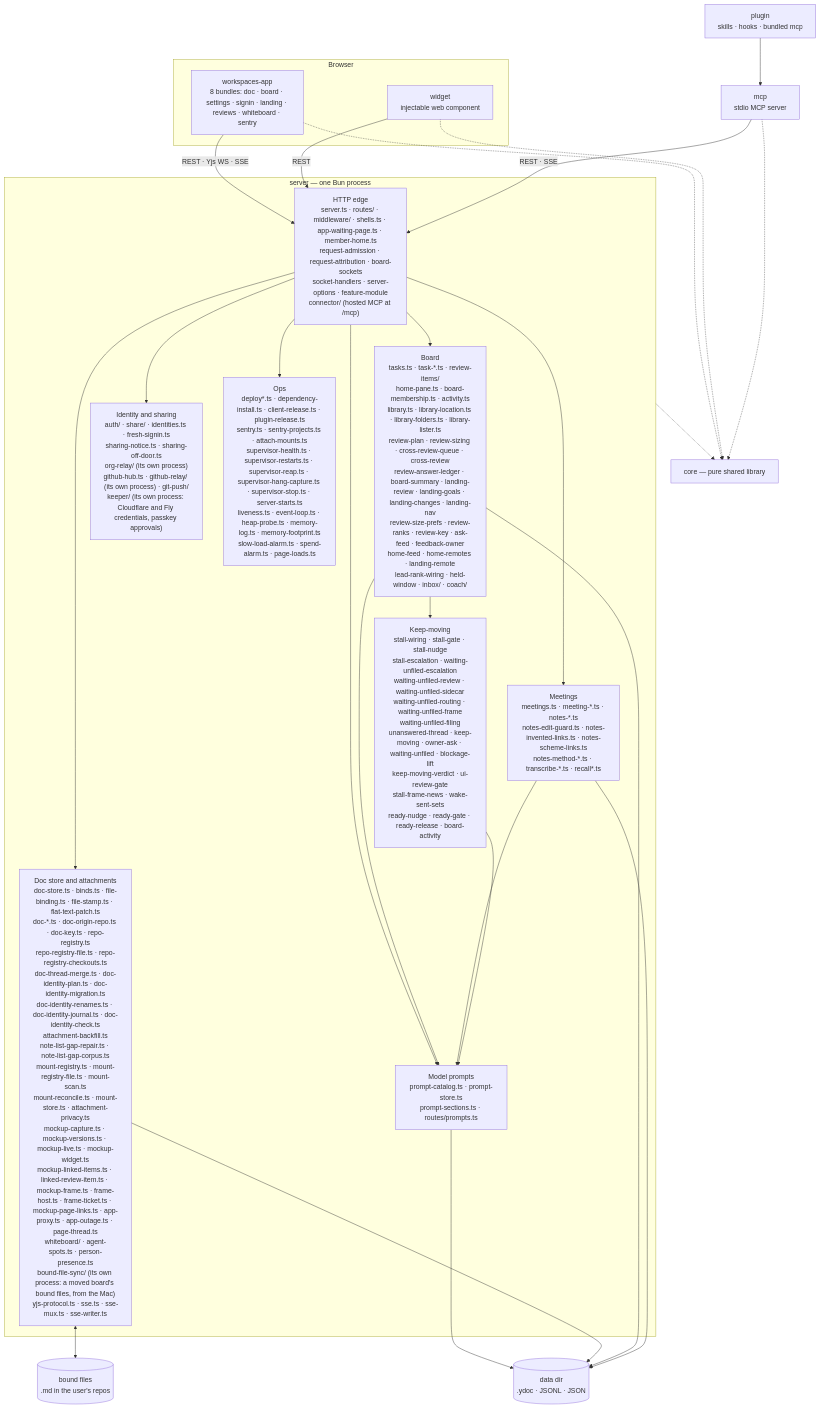
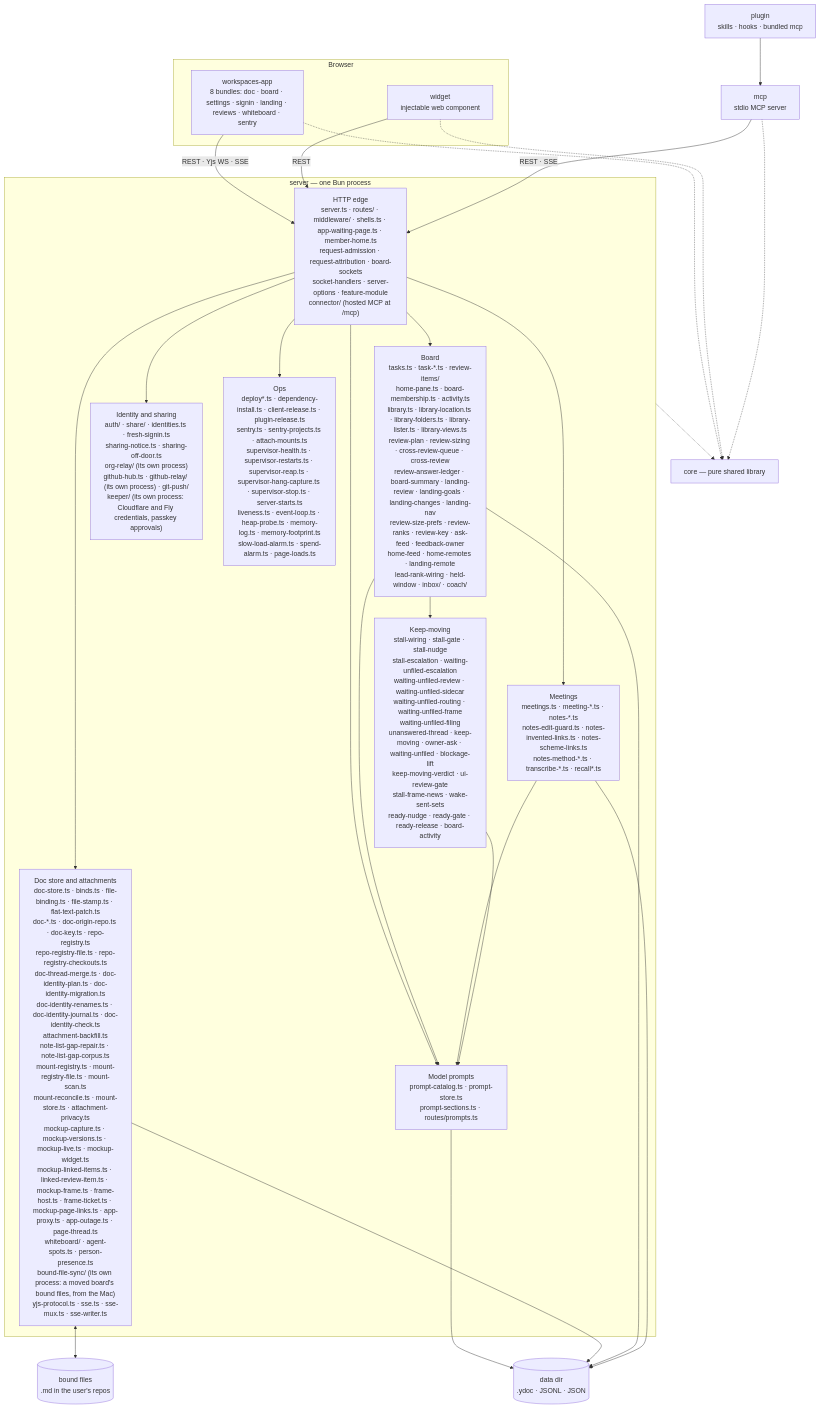
The first of 2 diagrams in docs/architecture/overview.md (fryanpan/claude-workspaces-plugin), drawn with Mermaid before and after one commit. The commit also changed other lines of this file and 24 other files, not shown here.

````diff
--- a/docs/architecture/overview.md
+++ b/docs/architecture/overview.md
@@ -45,35 +45,35 @@
 ```mermaid
 flowchart TB
   subgraph browser[Browser]
     app["workspaces-app<br/>8 bundles: doc · board · settings · signin · landing · reviews · whiteboard · sentry"]
     wid["widget<br/>injectable web component"]
   end
   plug["plugin<br/>skills · hooks · bundled mcp"]
   mcp["mcp<br/>stdio MCP server"]
   subgraph srv["server — one Bun process"]
     edge["HTTP edge<br/>server.ts · routes/ · middleware/ · shells.ts · app-waiting-page.ts · member-home.ts<br/>request-admission · request-attribution · board-sockets<br/>socket-handlers · server-options · feature-module<br/>connector/ (hosted MCP at /mcp)"]
     docs["Doc store and attachments<br/>doc-store.ts · binds.ts · file-binding.ts · file-stamp.ts · flat-text-patch.ts<br/>doc-*.ts · doc-origin-repo.ts · doc-key.ts · repo-registry.ts<br/>repo-registry-file.ts · repo-registry-checkouts.ts<br/>doc-thread-merge.ts · doc-identity-plan.ts · doc-identity-migration.ts<br/>doc-identity-renames.ts · doc-identity-journal.ts · doc-identity-check.ts<br/>attachment-backfill.ts<br/>note-list-gap-repair.ts · note-list-gap-corpus.ts<br/>mount-registry.ts · mount-registry-file.ts · mount-scan.ts<br/>mount-reconcile.ts · mount-store.ts · attachment-privacy.ts<br/>mockup-capture.ts · mockup-versions.ts · mockup-live.ts · mockup-widget.ts<br/>mockup-linked-items.ts · linked-review-item.ts · mockup-frame.ts · frame-host.ts · frame-ticket.ts · mockup-page-links.ts · app-proxy.ts · app-outage.ts · page-thread.ts<br/>whiteboard/ · agent-spots.ts · person-presence.ts<br/>bound-file-sync/ (its own process: a moved board's bound files, from the Mac)<br/>yjs-protocol.ts · sse.ts · sse-mux.ts · sse-writer.ts"]
-    board["Board<br/>tasks.ts · task-*.ts · review-items/<br/>home-pane.ts · board-membership.ts · activity.ts<br/>library.ts · library-location.ts · library-folders.ts · library-lister.ts<br/>review-plan · review-sizing · cross-review-queue · cross-review<br/>review-answer-ledger · board-summary · landing-review · landing-goals · landing-changes · landing-nav<br/>review-size-prefs · review-ranks · review-key · ask-feed · feedback-owner<br/>home-feed · home-remotes · landing-remote<br/>lead-rank-wiring · held-window · inbox/ · coach/"]
+    board["Board<br/>tasks.ts · task-*.ts · review-items/<br/>home-pane.ts · board-membership.ts · activity.ts<br/>library.ts · library-location.ts · library-folders.ts · library-lister.ts · library-views.ts<br/>review-plan · review-sizing · cross-review-queue · cross-review<br/>review-answer-ledger · board-summary · landing-review · landing-goals · landing-changes · landing-nav<br/>review-size-prefs · review-ranks · review-key · ask-feed · feedback-owner<br/>home-feed · home-remotes · landing-remote<br/>lead-rank-wiring · held-window · inbox/ · coach/"]
     meet["Meetings<br/>meetings.ts · meeting-*.ts · notes-*.ts<br/>notes-edit-guard.ts · notes-invented-links.ts · notes-scheme-links.ts<br/>notes-method-*.ts · transcribe-*.ts · recall*.ts"]
     keep["Keep-moving<br/>stall-wiring · stall-gate · stall-nudge<br/>stall-escalation · waiting-unfiled-escalation<br/>waiting-unfiled-review · waiting-unfiled-sidecar<br/>waiting-unfiled-routing · waiting-unfiled-frame<br/>waiting-unfiled-filing<br/>unanswered-thread · keep-moving · owner-ask · waiting-unfiled · blockage-lift<br/>keep-moving-verdict · ui-review-gate<br/>stall-frame-news · wake-sent-sets<br/>ready-nudge · ready-gate · ready-release · board-activity"]
     ident["Identity and sharing<br/>auth/ · share/ · identities.ts · fresh-signin.ts<br/>sharing-notice.ts · sharing-off-door.ts<br/>org-relay/ (its own process)<br/>github-hub.ts · github-relay/ (its own process) · git-push/<br/>keeper/ (its own process: Cloudflare and Fly credentials, passkey approvals)"]
     prompts["Model prompts<br/>prompt-catalog.ts · prompt-store.ts<br/>prompt-sections.ts · routes/prompts.ts"]
     ops["Ops<br/>deploy*.ts · dependency-install.ts · client-release.ts · plugin-release.ts<br/>sentry.ts · sentry-projects.ts · attach-mounts.ts<br/>supervisor-health.ts · supervisor-restarts.ts · supervisor-reap.ts · supervisor-hang-capture.ts · supervisor-stop.ts · server-starts.ts<br/>liveness.ts · event-loop.ts · heap-probe.ts · memory-log.ts · memory-footprint.ts<br/>slow-load-alarm.ts · spend-alarm.ts · page-loads.ts"]
   end
   core["core — pure shared library"]
   disk[("data dir<br/>.ydoc · JSONL · JSON")]
   files[("bound files<br/>.md in the user's repos")]
 
   app -->|"REST · Yjs WS · SSE"| edge
   wid -->|REST| edge
   plug --> mcp
   mcp -->|"REST · SSE"| edge
   edge --> docs & board & meet & ident & ops & prompts
   board & meet & keep --> prompts
   prompts --> disk
   board --> keep
   docs <--> files
   docs & board & meet --> disk
   app & wid & mcp -.-> core
   srv -.-> core
 ```
````
